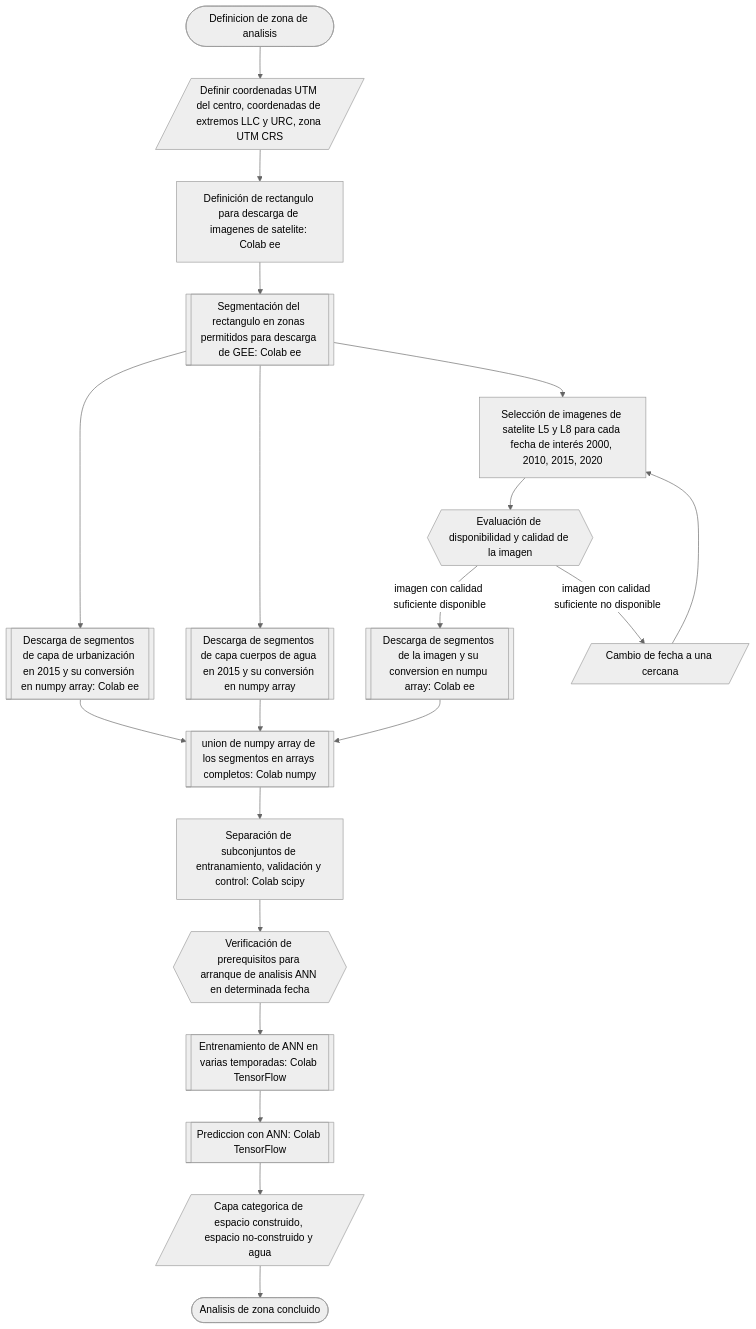
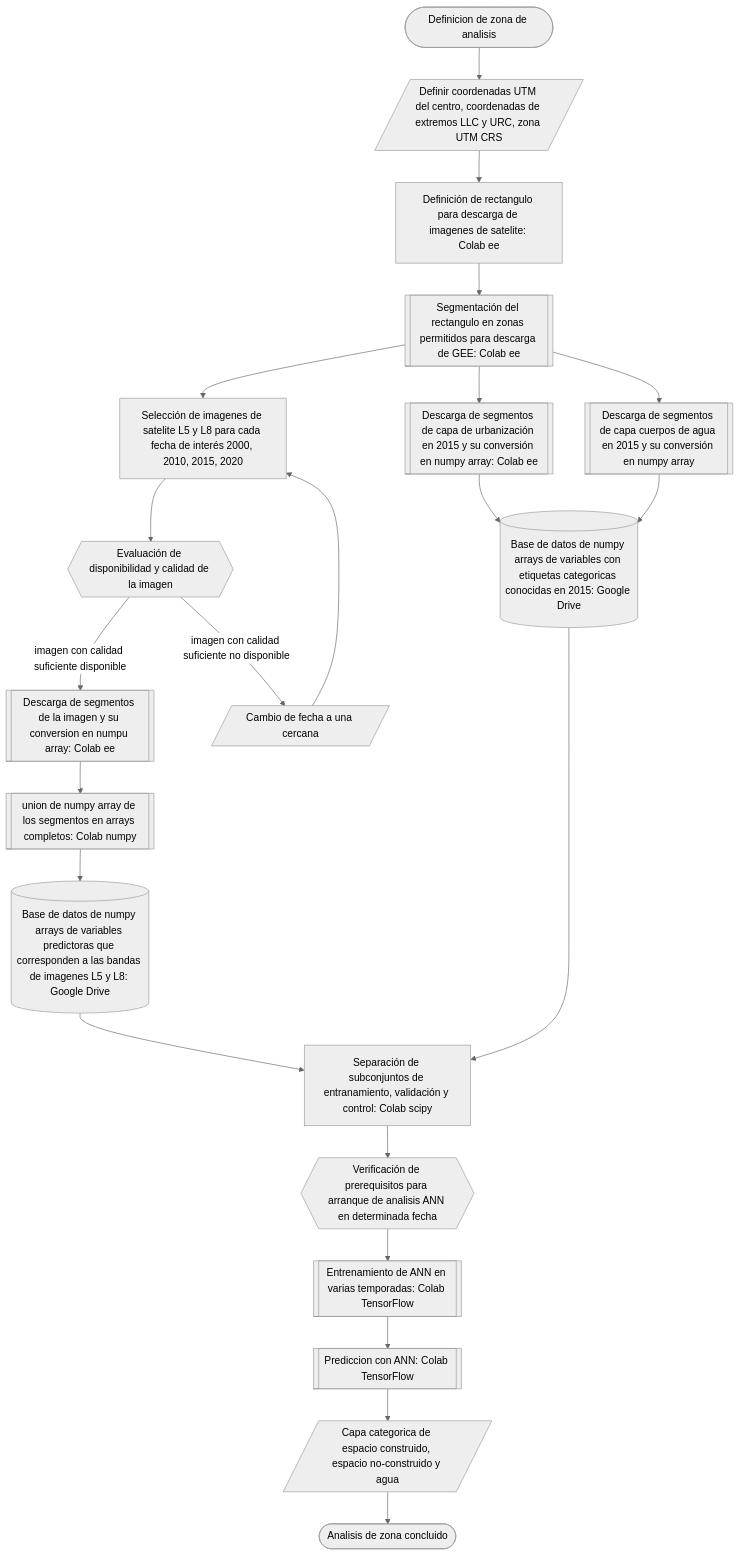
One commit to vshalisko/GEE changed the diagram in AUEM/Esquemas/Esquema_de_procesos.mermaid. Above: the diagram before and after it, drawn with Mermaid (neutral theme).

```diff
--- a/AUEM/Esquemas/Esquema_de_procesos.mermaid
+++ b/AUEM/Esquemas/Esquema_de_procesos.mermaid
@@ -1,22 +1,24 @@
 flowchart TD
   A1([Definicion de zona de analisis])-->B1
   B1[/Definir coordenadas UTM del centro, coordenadas de extremos LLC y URC, zona UTM CRS/]-->C1
   C1[Definición de rectangulo para descarga de imagenes de satelite: Colab ee]-->C2
   C2[[Segmentación del rectangulo en zonas permitidos para descarga de GEE: Colab ee]]-->D1
   C2-->C3
   C2-->C4
-  C3[[Descarga de segmentos de capa de urbanización en 2015 y su conversión en numpy array: Colab ee]]-->E2
-  C4[[Descarga de segmentos de capa cuerpos de agua en 2015 y su conversión en numpy array]]-->E2
+  C3[[Descarga de segmentos de capa de urbanización en 2015 y su conversión en numpy array: Colab ee]]-->E4
+  C4[[Descarga de segmentos de capa cuerpos de agua en 2015 y su conversión en numpy array]]-->E4
   D1[Selección de imagenes de satelite L5 y L8 para cada fecha de interés 2000, 2010, 2015, 2020]-->D2
   D2{{Evaluación de disponibilidad y calidad de la imagen}}
   D2--imagen con calidad suficiente disponible-->E1
   D2--imagen con calidad suficiente no disponible-->D3
   D3[/Cambio de fecha a una cercana/]-->D1
   E1[[Descarga de segmentos de la imagen y su conversion en numpu array: Colab ee]]-->E2
   E2[[union de numpy array de los segmentos en arrays completos: Colab numpy]]-->E3
-  E3[Separación de subconjuntos de entranamiento, validación y control: Colab scipy]-->J1
+  E3[(Base de datos de numpy arrays de variables predictoras que corresponden a las bandas de imagenes L5 y L8: Google Drive)]-->F1
+  E4[(Base de datos de numpy arrays de variables con etiquetas categoricas conocidas en 2015: Google Drive)]-->F1
+  F1[Separación de subconjuntos de entranamiento, validación y control: Colab scipy]-->J1
   J1{{Verificación de prerequisitos para arranque de analisis ANN en determinada fecha}}-->K1
   K1[[Entrenamiento de ANN en varias temporadas: Colab TensorFlow]]-->K2
   K2[[Prediccion con ANN: Colab TensorFlow]]-->M1
   M1[/Capa categorica de espacio construido, espacio no-construido y agua/]-->Z1
   Z1([Analisis de zona concluido])
```
